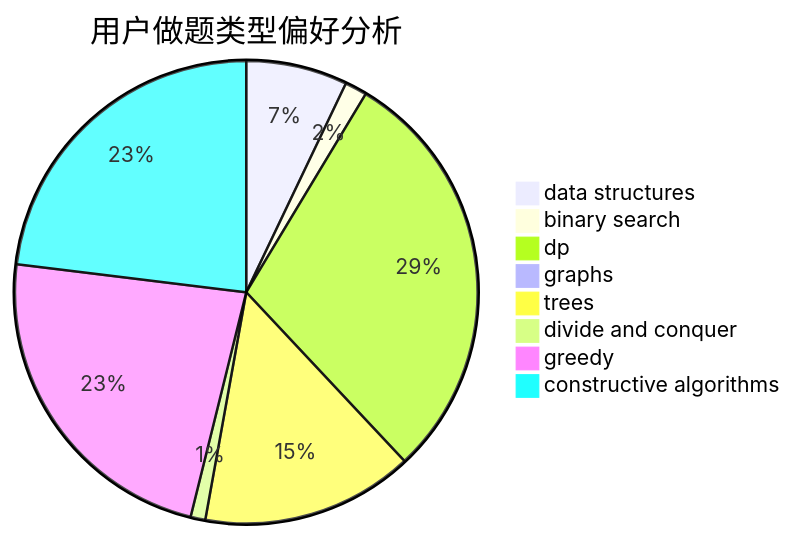
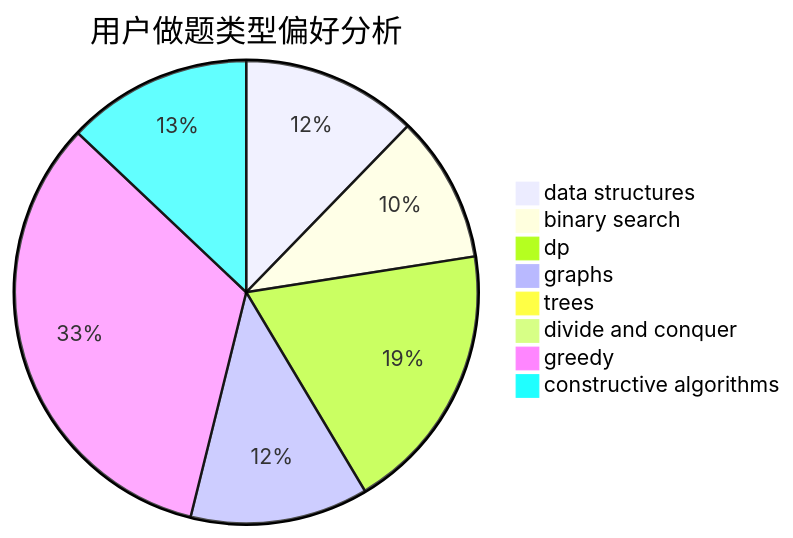
Before and after one commit to sherpahu/cfrs.github.io: the second of 3 diagrams in docs/user/u2383.md, drawn with Mermaid. The commit also changed other lines of this file and 2770 other files, not shown here.

````diff
--- a/docs/user/u2383.md
+++ b/docs/user/u2383.md
@@ -23,11 +23,11 @@
 ```mermaid
 pie title 用户做题类型偏好分析
-    "data structures" :  55
-    "binary search" :  12
-    "dp" :  228
-    "graphs" :  0
-    "trees" :  115
-    "divide and conquer" :  8
-    "greedy" :  179
-    "constructive algorithms" :  179
+    "data structures" :  146
+    "binary search" :  122
+    "dp" :  225
+    "graphs" :  148
+    "trees" :  11
+    "divide and conquer" :  0
+    "greedy" :  395
+    "constructive algorithms" :  154
 ```
````
